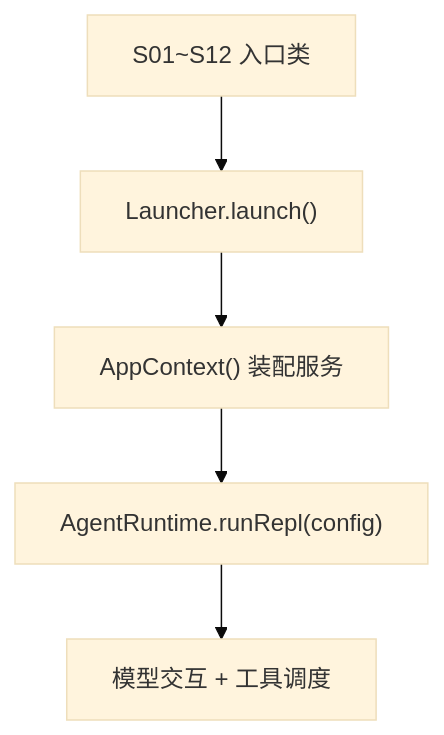
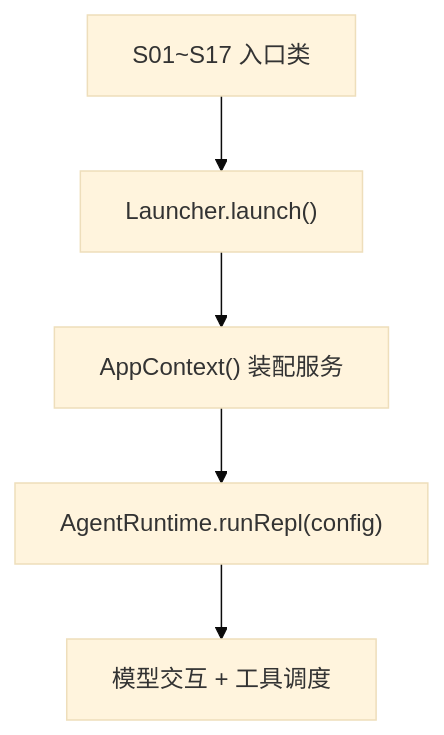
The first of 3 diagrams in .qoder/repowiki/zh/content/学习阶段详解/学习阶段详解.md (chenlds1994/learn-claude-code-java), drawn with Mermaid (base theme) before and after one commit. The commit also changed other lines of this file and 94 other files, not shown here.

````diff
--- a/.qoder/repowiki/zh/content/学习阶段详解/学习阶段详解.md
+++ b/.qoder/repowiki/zh/content/学习阶段详解/学习阶段详解.md
@@ -46,7 +48,7 @@
 ```mermaid
 graph TB
-A["S01~S12 入口类"] --> B["Launcher.launch()"]
+A["S01~S17 入口类"] --> B["Launcher.launch()"]
 B --> C["AppContext() 装配服务"]
 C --> D["AgentRuntime.runRepl(config)"]
 D --> E["模型交互 + 工具调度"]
 ```
````
